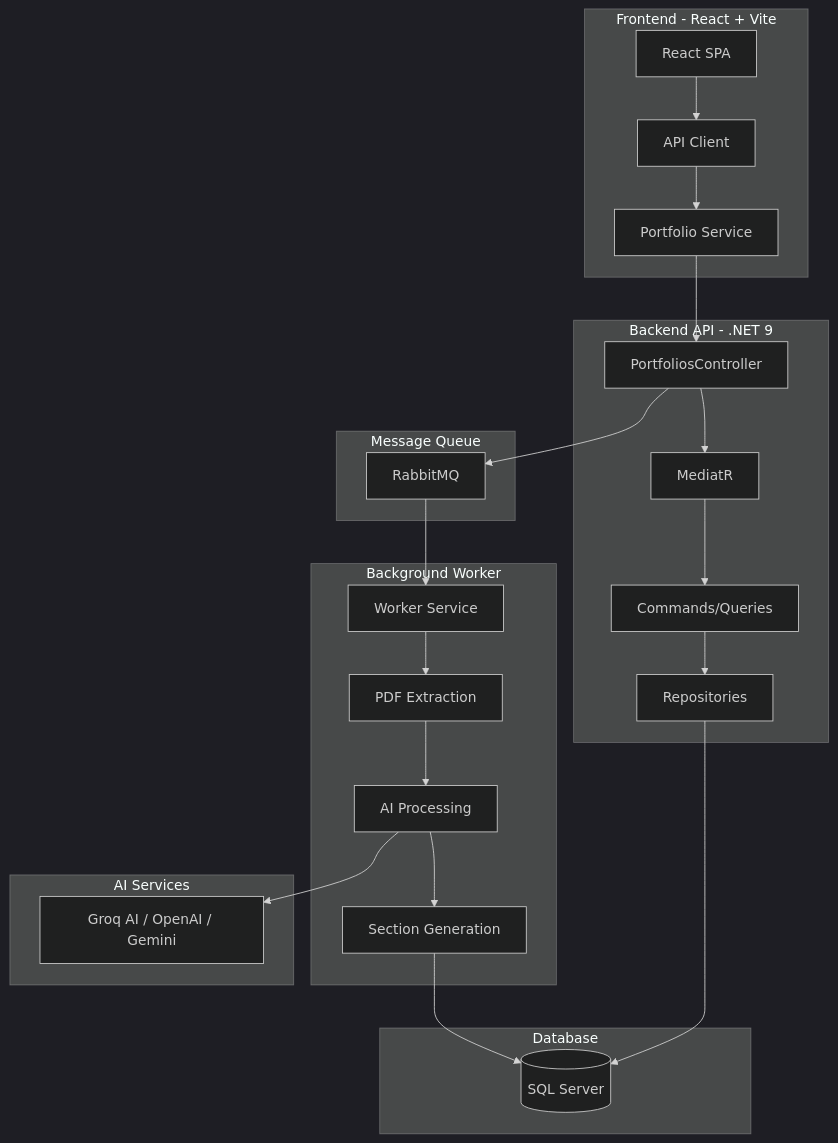
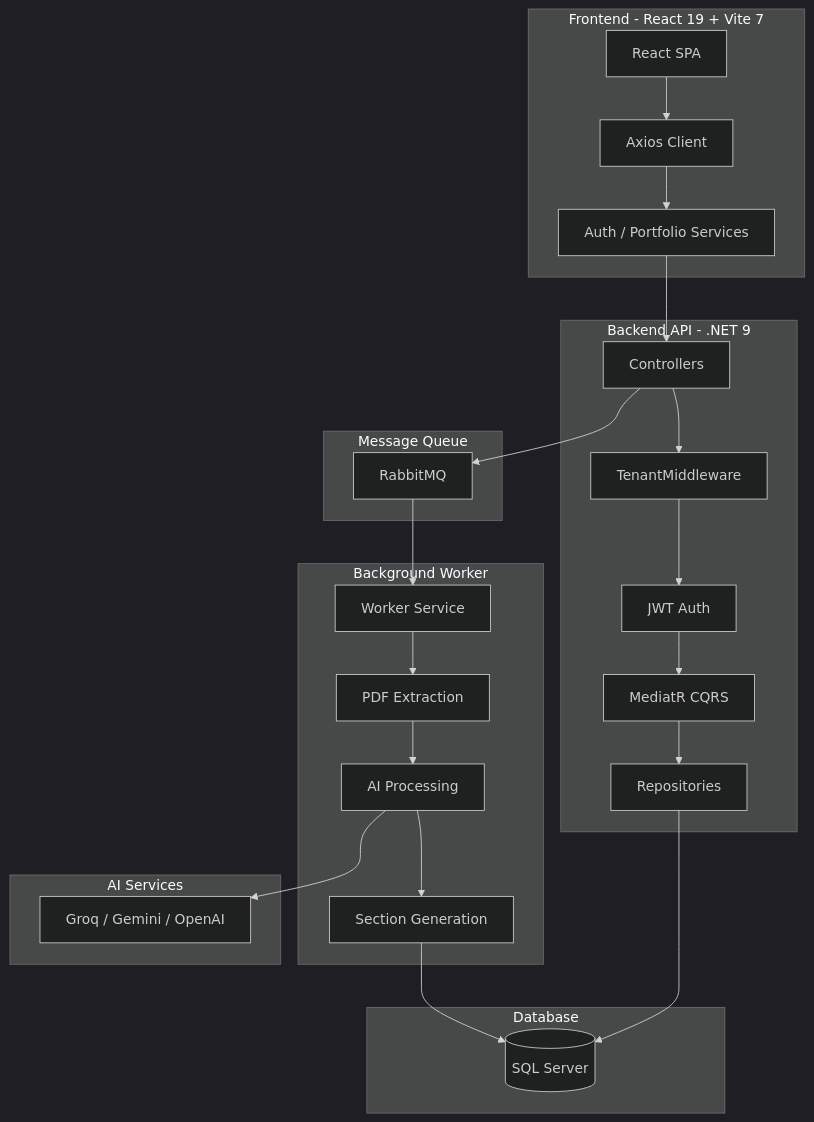
One commit to Shivansh-Gaur2/FolioForge.ai changed the first of 3 diagrams in README.md. Above: the diagram before and after it, drawn with Mermaid (dark theme). The commit also changed other lines of this file and 6 other files, not shown here.

````diff
--- a/README.md
+++ b/README.md
@@ -33,38 +34,39 @@
 ```mermaid
 graph TB
-    subgraph "Frontend - React + Vite"
-        A[React SPA] --> B[API Client]
-        B --> C[Portfolio Service]
+    subgraph "Frontend - React 19 + Vite 7"
+        A[React SPA] --> B[Axios Client]
+        B --> C[Auth / Portfolio Services]
     end
-    
+
     subgraph "Backend API - .NET 9"
-        D[PortfoliosController] --> E[MediatR]
-        E --> F[Commands/Queries]
-        F --> G[Repositories]
+        D[Controllers] --> E[TenantMiddleware]
+        E --> F[JWT Auth]
+        F --> G[MediatR CQRS]
+        G --> H[Repositories]
     end
-    
+
     subgraph "Message Queue"
-        H[RabbitMQ]
+        I[RabbitMQ]
     end
-    
+
     subgraph "Background Worker"
-        I[Worker Service] --> J[PDF Extraction]
-        J --> K[AI Processing]
-        K --> L[Section Generation]
+        J[Worker Service] --> K[PDF Extraction]
+        K --> L[AI Processing]
+        L --> M[Section Generation]
     end
-    
+
     subgraph "AI Services"
-        M[Groq AI / OpenAI / Gemini]
+        N[Groq / Gemini / OpenAI]
     end
-    
+
     subgraph "Database"
-        N[(SQL Server)]
+        O[(SQL Server)]
     end
-    
+
     C --> D
-    D --> H
-    H --> I
-    K --> M
-    G --> N
+    D --> I
+    I --> J
     L --> N
+    H --> O
+    M --> O
 ```
````
